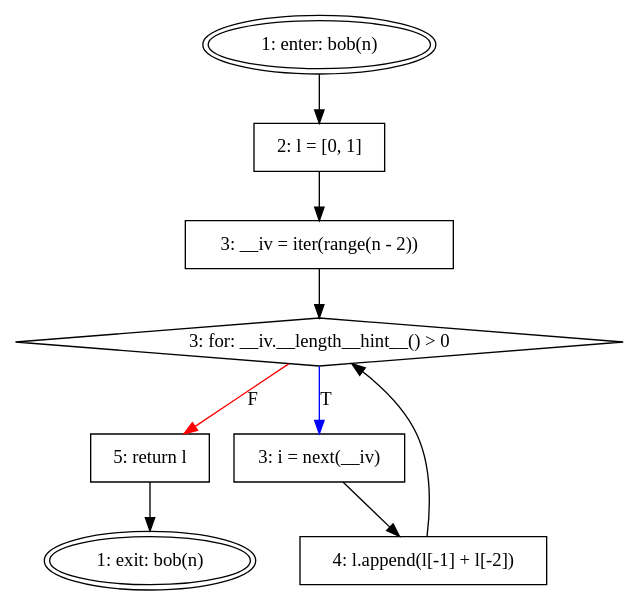
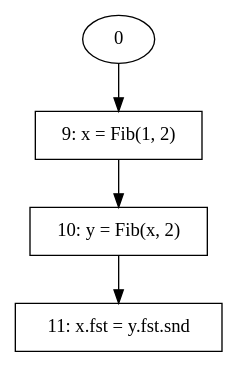
Before and after one commit to racerand/PyAnalysis: the diagram in main/Source.gv, drawn with Graphviz. The commit also changed 2 other files, not shown here.

```diff
--- a/main/Source.gv
+++ b/main/Source.gv
@@ -1,19 +1,9 @@
 // Control Flow Graph
 digraph {
-	1 [label="1: enter: bob(n)" peripheries=2 shape=oval]
-	2 [label="1: exit: bob(n)" peripheries=2 shape=oval]
-	8 -> 2
-	3 [label="2: l = [0, 1]" peripheries=1 shape=rectangle]
-	1 -> 3
-	4 [label="3: __iv = iter(range(n - 2))" peripheries=1 shape=rectangle]
-	3 -> 4
-	5 [label="3: for: __iv.__length__hint__() > 0" peripheries=1 shape=diamond]
-	4 -> 5
-	7 -> 5
-	6 [label="3: i = next(__iv)" peripheries=1 shape=rectangle]
-	5 -> 6 [label=T color=blue]
-	7 [label="4: l.append(l[-1] + l[-2])" peripheries=1 shape=rectangle]
-	6 -> 7
-	8 [label="5: return l" peripheries=1 shape=rectangle]
-	5 -> 8 [label=F color=red]
+	1 [label="9: x = Fib(1, 2)" peripheries=1 shape=rectangle]
+	0 -> 1
+	2 [label="10: y = Fib(x, 2)" peripheries=1 shape=rectangle]
+	1 -> 2
+	3 [label="11: x.fst = y.fst.snd" peripheries=1 shape=rectangle]
+	2 -> 3
 }
```
